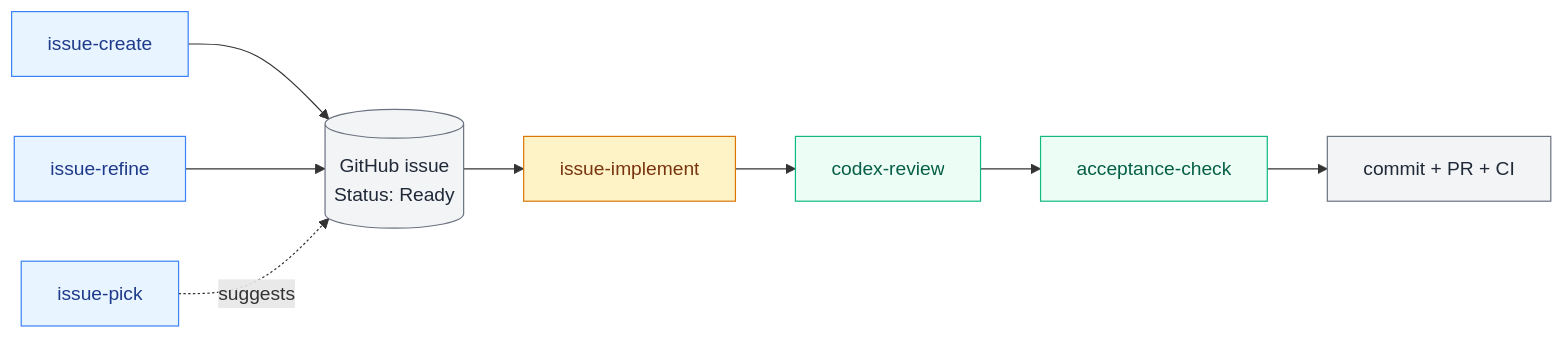
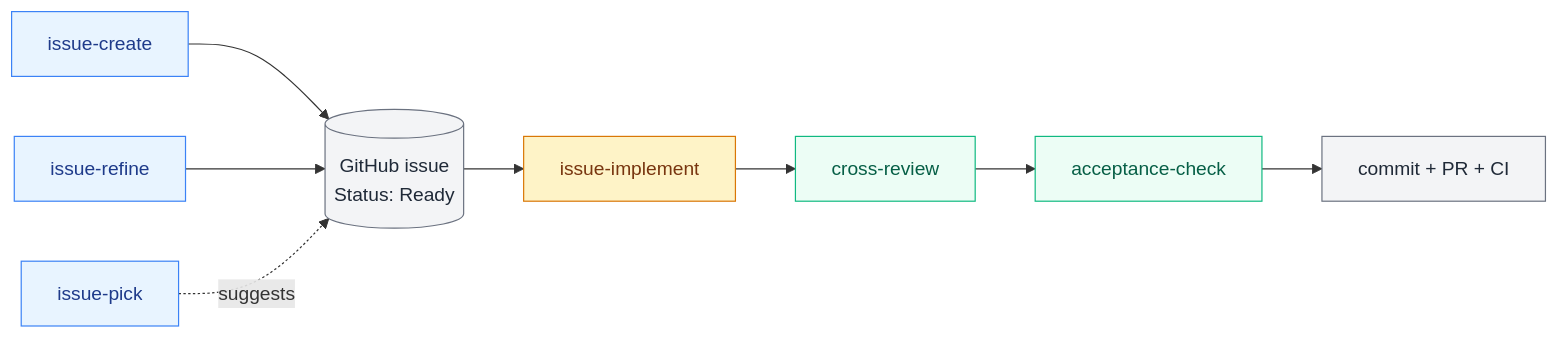
One commit to hirokisakabe/issuekit changed the diagram in README.md. Above: the diagram before and after it, drawn with Mermaid. The commit also changed other lines of this file and 5 other files, not shown here.

First line of the commit message:
refactor: cross-review skill にリネームし backend 選択を実装

````diff
--- a/README.md
+++ b/README.md
@@ -84,20 +86,20 @@
 ```mermaid
 flowchart LR
     A[issue-create] --> I[(GitHub issue<br/>Status: Ready)]
     R[issue-refine] --> I
     P[issue-pick] -. suggests .-> I
     I --> IMPL[issue-implement]
-    IMPL --> CR[codex-review]
+    IMPL --> CR[cross-review]
     CR --> AC[acceptance-check]
     AC --> C[commit + PR + CI]
 
     classDef entry fill:#e8f4ff,stroke:#3b82f6,color:#1e3a8a
     classDef orch  fill:#fef3c7,stroke:#d97706,color:#78350f
     classDef ver   fill:#ecfdf5,stroke:#10b981,color:#065f46
     classDef out   fill:#f3f4f6,stroke:#6b7280,color:#1f2937
 
     class A,R,P entry
     class IMPL orch
     class CR,AC ver
     class I,C out
 ```
````
